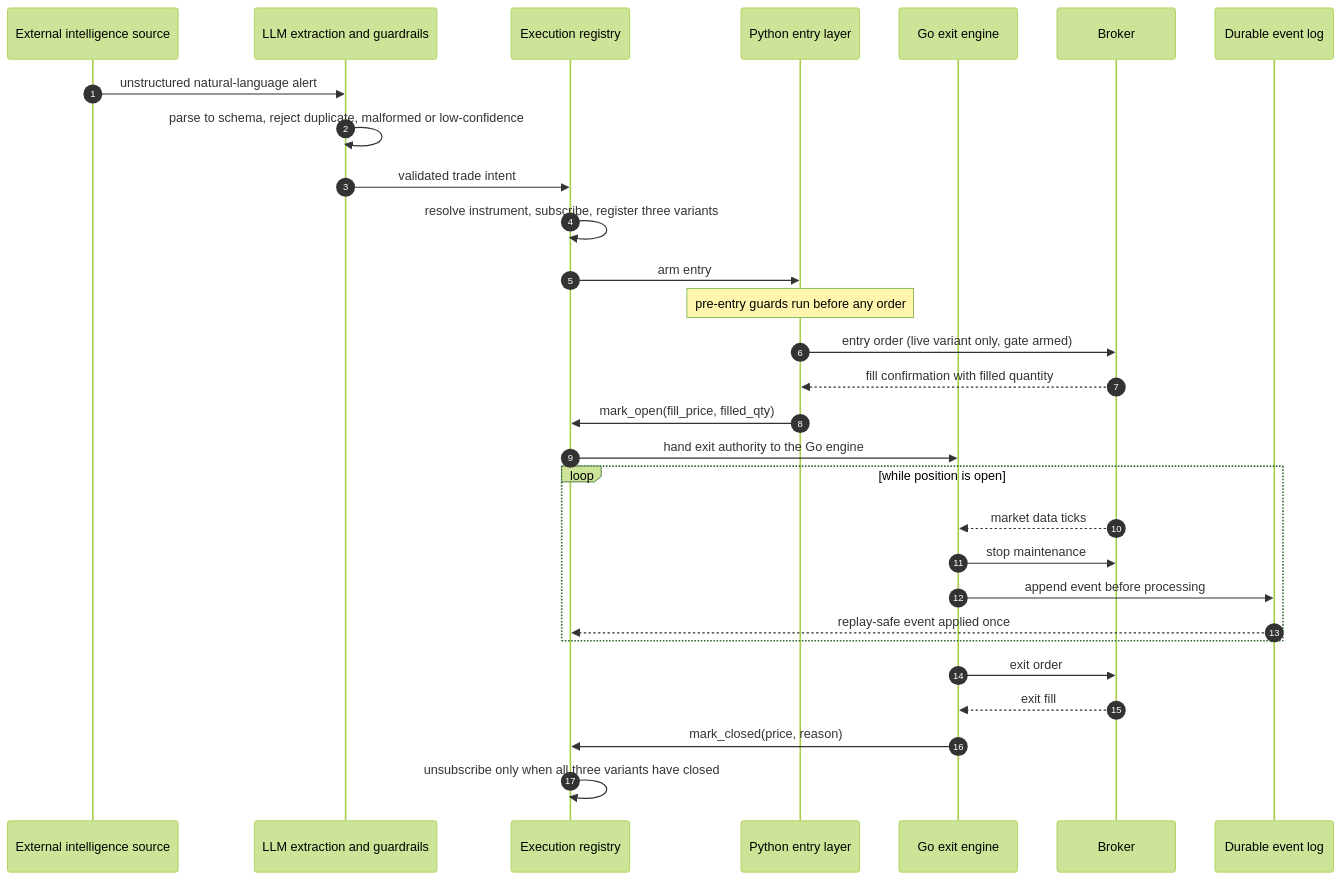
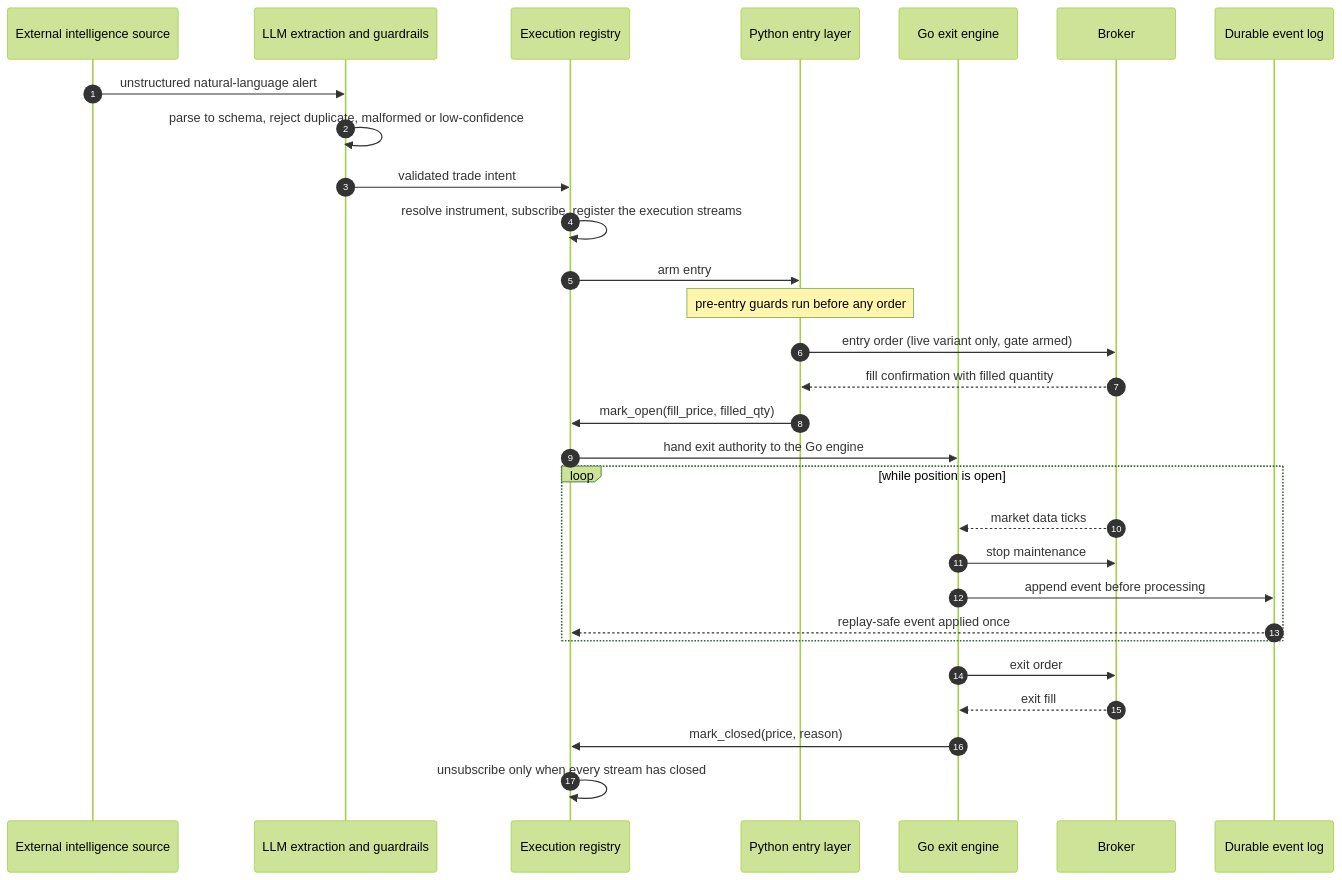
One commit to Aditya-7117/DeltaLock-Overview changed the second of 2 diagrams in docs/ORDER-LIFECYCLE.md. Above: the diagram before and after it, drawn with Mermaid (forest theme). The commit also changed 19 other files, not shown here.

````diff
--- a/docs/ORDER-LIFECYCLE.md
+++ b/docs/ORDER-LIFECYCLE.md
@@ -43,36 +43,36 @@
 ```mermaid
 sequenceDiagram
     autonumber
     participant SRC as External intelligence source
     participant EXT as LLM extraction and guardrails
     participant REG as Execution registry
     participant PY as Python entry layer
     participant GO as Go exit engine
     participant BRK as Broker
     participant LOG as Durable event log
 
     SRC->>EXT: unstructured natural-language alert
     EXT->>EXT: parse to schema, reject duplicate, malformed or low-confidence
     EXT->>REG: validated trade intent
-    REG->>REG: resolve instrument, subscribe, register three variants
+    REG->>REG: resolve instrument, subscribe, register the execution streams
     REG->>PY: arm entry
 
     Note over PY: pre-entry guards run before any order
 
     PY->>BRK: entry order (live variant only, gate armed)
     BRK-->>PY: fill confirmation with filled quantity
     PY->>REG: mark_open(fill_price, filled_qty)
     REG->>GO: hand exit authority to the Go engine
 
     loop while position is open
         BRK-->>GO: market data ticks
         GO->>BRK: stop maintenance
         GO->>LOG: append event before processing
         LOG-->>REG: replay-safe event applied once
     end
 
     GO->>BRK: exit order
     BRK-->>GO: exit fill
     GO->>REG: mark_closed(price, reason)
-    REG->>REG: unsubscribe only when all three variants have closed
+    REG->>REG: unsubscribe only when every stream has closed
 ```
````
